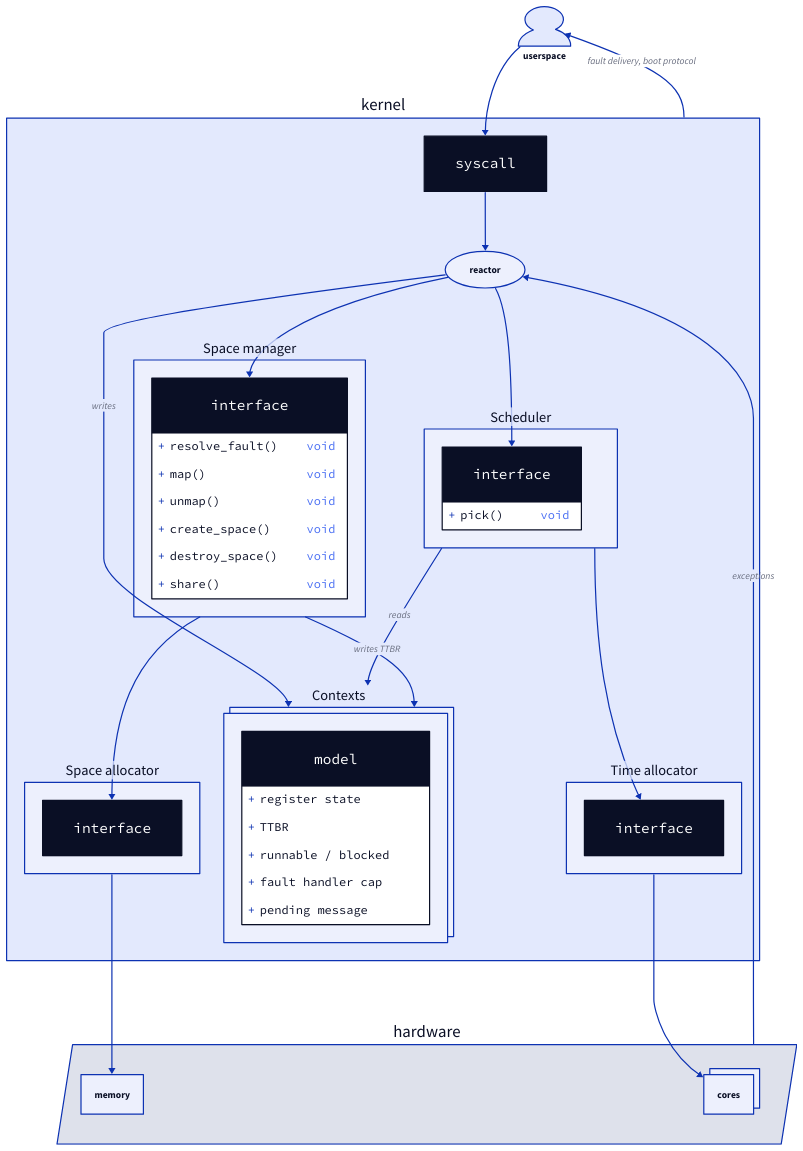
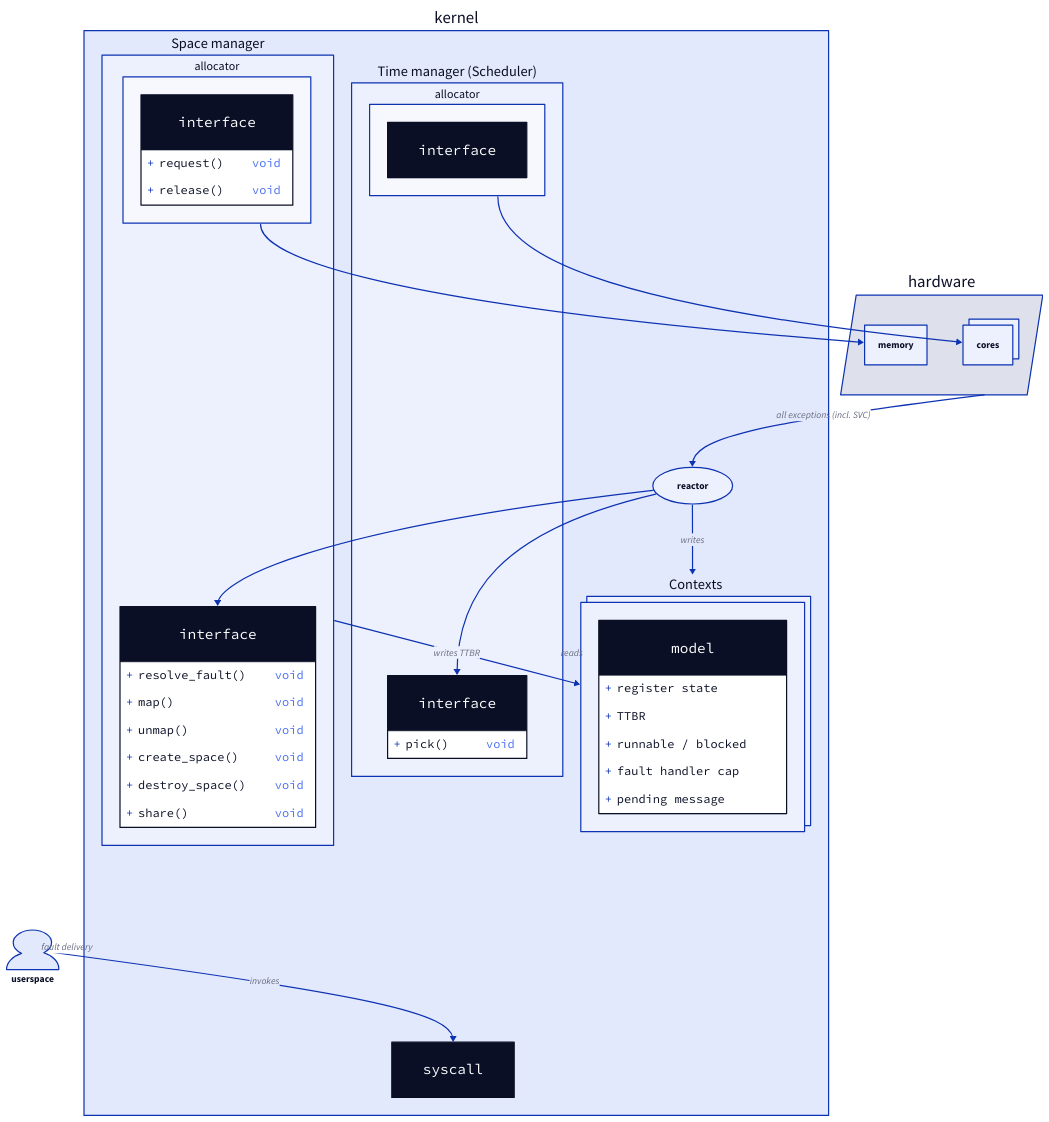
Before and after one commit to jonathanrtuck/kernel: the diagram in design/graph.d2, drawn with D2. The commit also changed 4 other files, not shown here.

First line of the commit message:
design: replace tree.md with spec.md and graph.d2

```diff
--- a/design/graph.d2
+++ b/design/graph.d2
@@ -1,95 +1,94 @@
 userspace: {
   shape: person
 }
 
 kernel: {
   shape: rectangle
 
   syscall: {
     shape: class
-  }
-
-  space-allocator: {
-    label: Space allocator
-
-    interface: {
-      shape: class
-    }
-  }
-
-  time-allocator: {
-    label: Time allocator
-
-    interface: {
-      shape: class
-    }
   }
 
   reactor: {
     shape: oval
   }
 
   space-manager: {
     label: Space manager
 
     interface: {
       shape: class
 
       resolve_fault()
       map()
       unmap()
       create_space()
       destroy_space()
       share()
     }
+
+    allocator: {
+      label: allocator
+
+      interface: {
+        shape: class
+        request()
+        release()
+      }
+    }
   }
 
   scheduler: {
-    label: Scheduler
+    label: Time manager (Scheduler)
 
     interface: {
       shape: class
 
       pick()
+    }
+
+    allocator: {
+      label: allocator
+
+      interface: {
+        shape: class
+      }
     }
   }
 
   contexts: {
     label: Contexts
     style.multiple: true
 
     model: {
       shape: class
 
       register state
       TTBR
       runnable / blocked
       fault handler cap
       pending message
     }
   }
 
-  space-manager -> space-allocator.interface
-  scheduler -> time-allocator.interface
   reactor -> space-manager.interface
   reactor -> scheduler.interface
   reactor -> contexts: writes
   scheduler -> contexts: reads
   space-manager -> contexts: writes TTBR
-  syscall -> reactor
 }
 
 hardware: {
   shape: parallelogram
 
   memory
   cores: {
     style.multiple: true
   }
 }
 
-userspace -> kernel.syscall
-kernel -> userspace: fault delivery, boot protocol
-kernel.space-allocator -> hardware.memory
-kernel.time-allocator -> hardware.cores
-hardware -> kernel.reactor: exceptions
+userspace -> kernel.syscall: invokes
+kernel -> userspace: fault delivery
+hardware -> kernel.reactor: all exceptions (incl. SVC)
+kernel.space-manager.allocator -> hardware.memory
+kernel.scheduler.allocator -> hardware.cores
```
